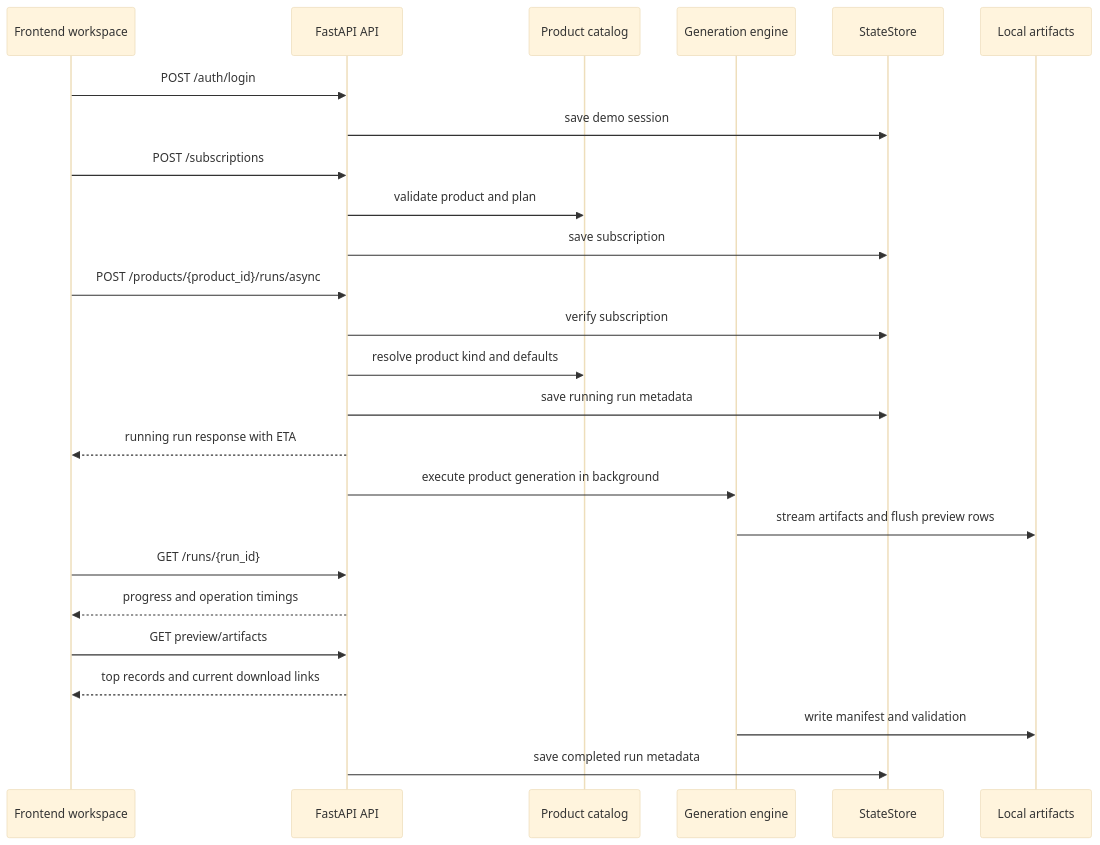
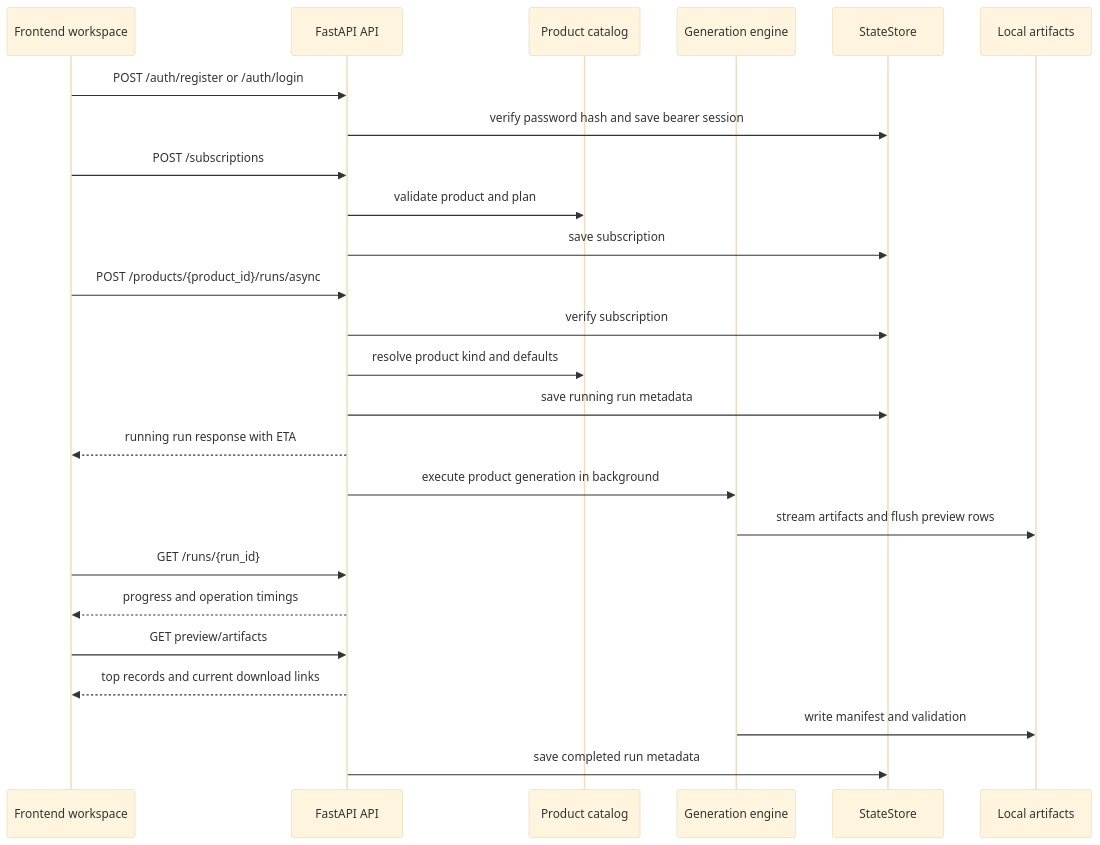
The fourth of 8 diagrams in docs/engineering/architecture.md (smitzo/DataBoom), drawn with Mermaid (base theme) before and after one commit. The commit also changed other lines of this file and 16 other files, not shown here.

````diff
--- a/docs/engineering/architecture.md
+++ b/docs/engineering/architecture.md
@@ -101,28 +101,28 @@
 ```mermaid
 sequenceDiagram
     participant UI as Frontend workspace
     participant API as FastAPI API
     participant Catalog as Product catalog
     participant Engine as Generation engine
     participant Store as StateStore
     participant Disk as Local artifacts
 
-    UI->>API: POST /auth/login
-    API->>Store: save demo session
+    UI->>API: POST /auth/register or /auth/login
+    API->>Store: verify password hash and save bearer session
     UI->>API: POST /subscriptions
     API->>Catalog: validate product and plan
     API->>Store: save subscription
     UI->>API: POST /products/{product_id}/runs/async
     API->>Store: verify subscription
     API->>Catalog: resolve product kind and defaults
     API->>Store: save running run metadata
     API-->>UI: running run response with ETA
     API->>Engine: execute product generation in background
     Engine->>Disk: stream artifacts and flush preview rows
     UI->>API: GET /runs/{run_id}
     API-->>UI: progress and operation timings
     UI->>API: GET preview/artifacts
     API-->>UI: top records and current download links
     Engine->>Disk: write manifest and validation
     API->>Store: save completed run metadata
 ```
````
